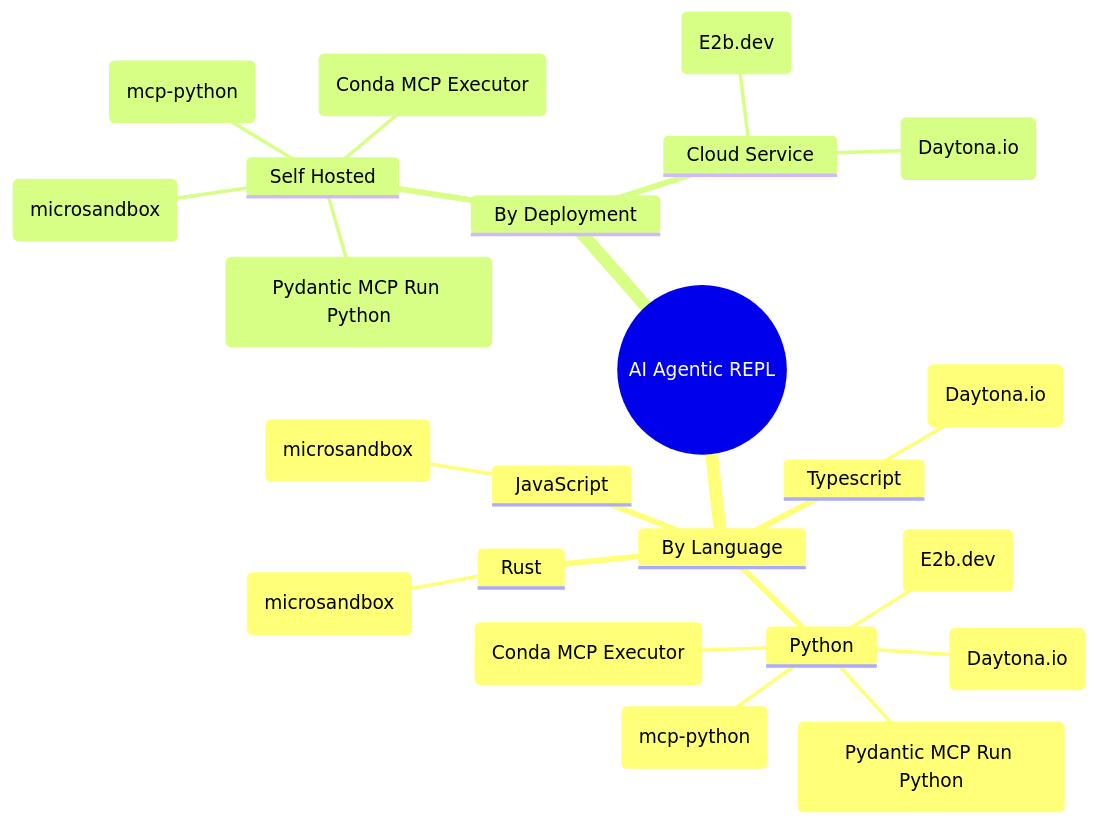
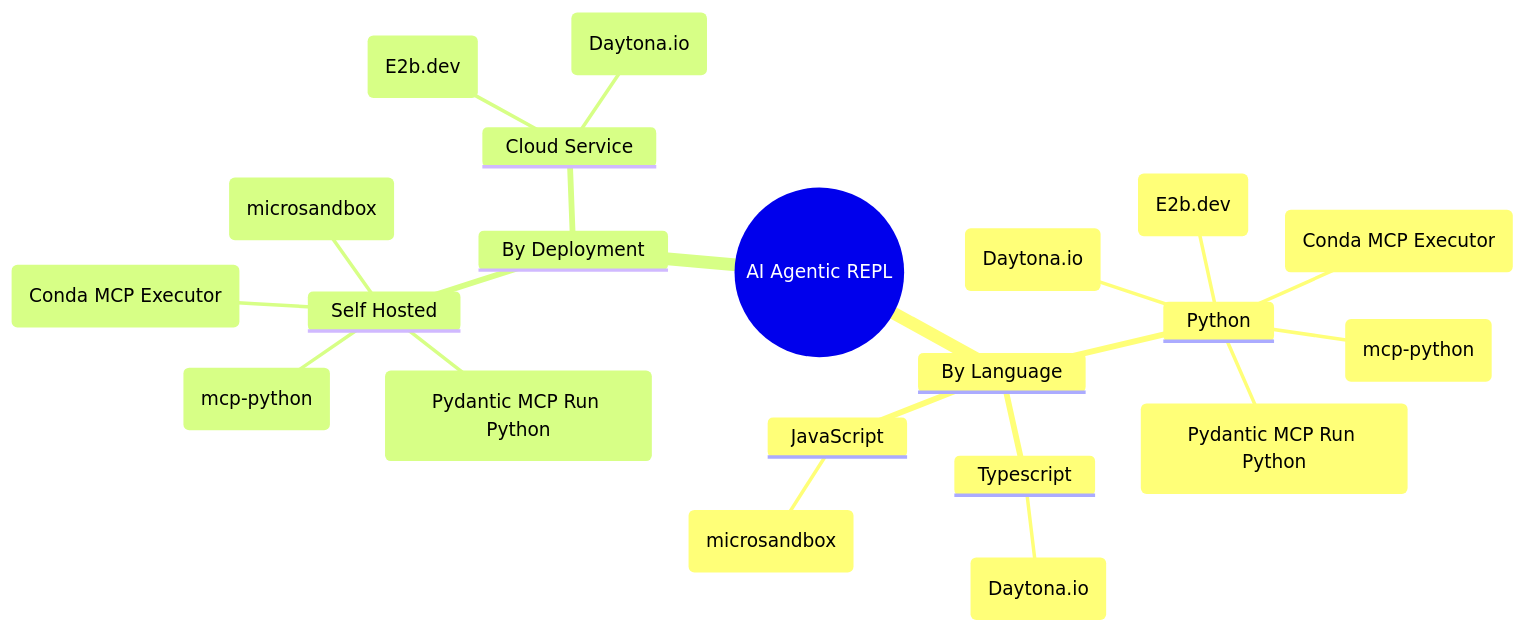
One commit to semaverse/agentic-codesandboxes changed the diagram in README.md. Above: the diagram before and after it, drawn with Mermaid.

Commit message:
Correction

````diff
--- a/README.md
+++ b/README.md
@@ -5,28 +5,27 @@
 ```mermaid
 mindmap
   root((AI Agentic REPL))
     By Language
       Python
         ("Pydantic MCP Run Python")
         (E2b.dev)
         (Daytona.io)
         (mcp-python)
         (Conda MCP Executor)
       Typescript
         (Daytona.io)
       JavaScript
         (microsandbox)
-      Rust
-        (microsandbox)
+     
     
           
     By Deployment
       Self Hosted
          ("Pydantic MCP Run Python")
          (mcp-python)
          (Conda MCP Executor)
          (microsandbox)
       Cloud Service
          (E2b.dev)
          (Daytona.io)
 ```
````
